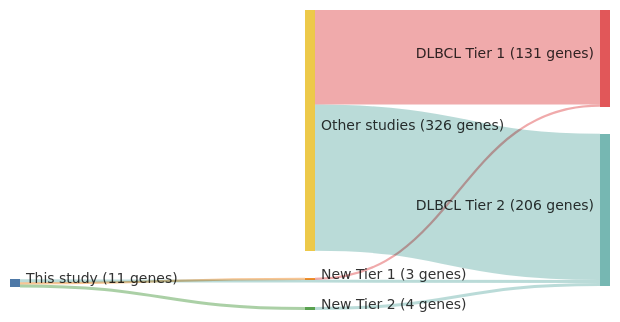
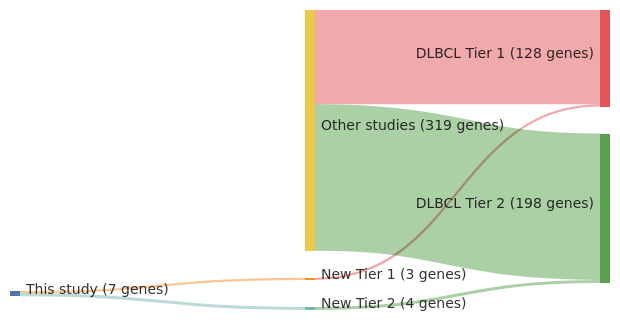
Before and after one commit to morinlab/lymphopedia: the diagram in papers/pasqualucciAnalysisCodingGenome2011.md, drawn with Mermaid. The commit also changed 81 other files, not shown here.

````diff
--- a/papers/pasqualucciAnalysisCodingGenome2011.md
+++ b/papers/pasqualucciAnalysisCodingGenome2011.md
@@ -12,21 +12,20 @@
 ```mermaid
 ---
 config:
     sankey:
         showValues: true
         linkColor: target
         width: 600
         height: 300
         nodeAlignment: right
         prefix: '('
         suffix: ' genes)'
 ---
 sankey-beta
 This study, New Tier 1, 3
 New Tier 1, DLBCL Tier 1, 3
-This study, DLBCL Tier 2, 4
 This study, New Tier 2, 4
 New Tier 2, DLBCL Tier 2, 4
-Other studies, DLBCL Tier 1, 128
-Other studies, DLBCL Tier 2, 198
+Other studies, DLBCL Tier 1, 125
+Other studies, DLBCL Tier 2, 194
 ```
````
